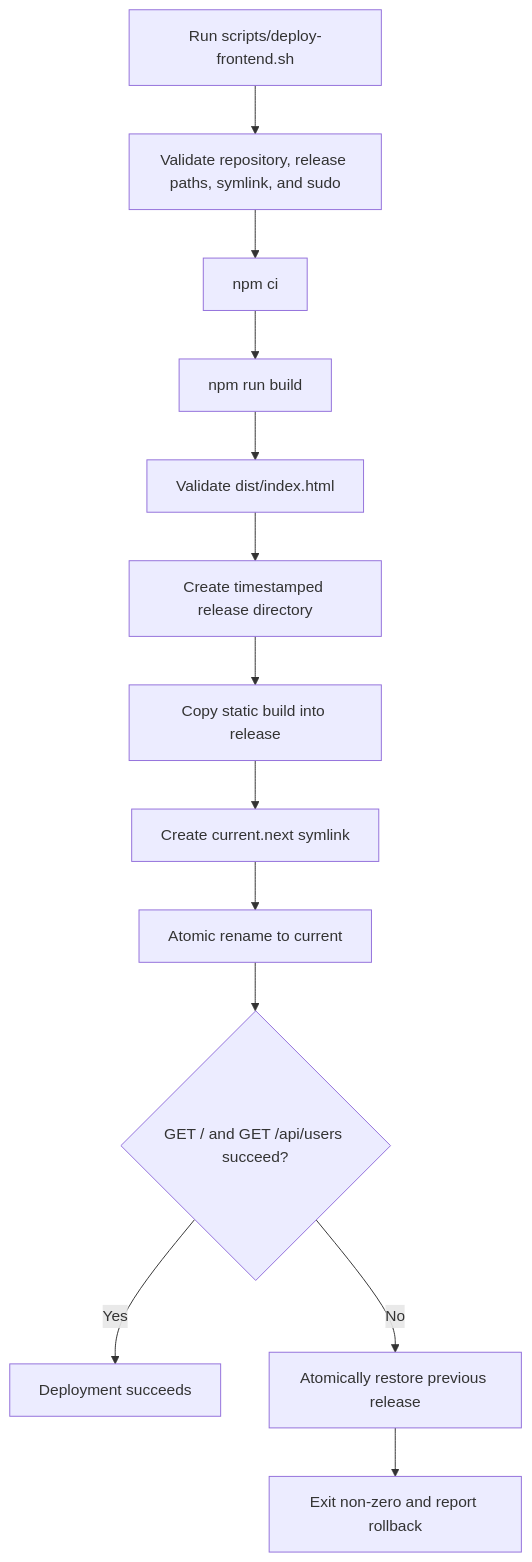
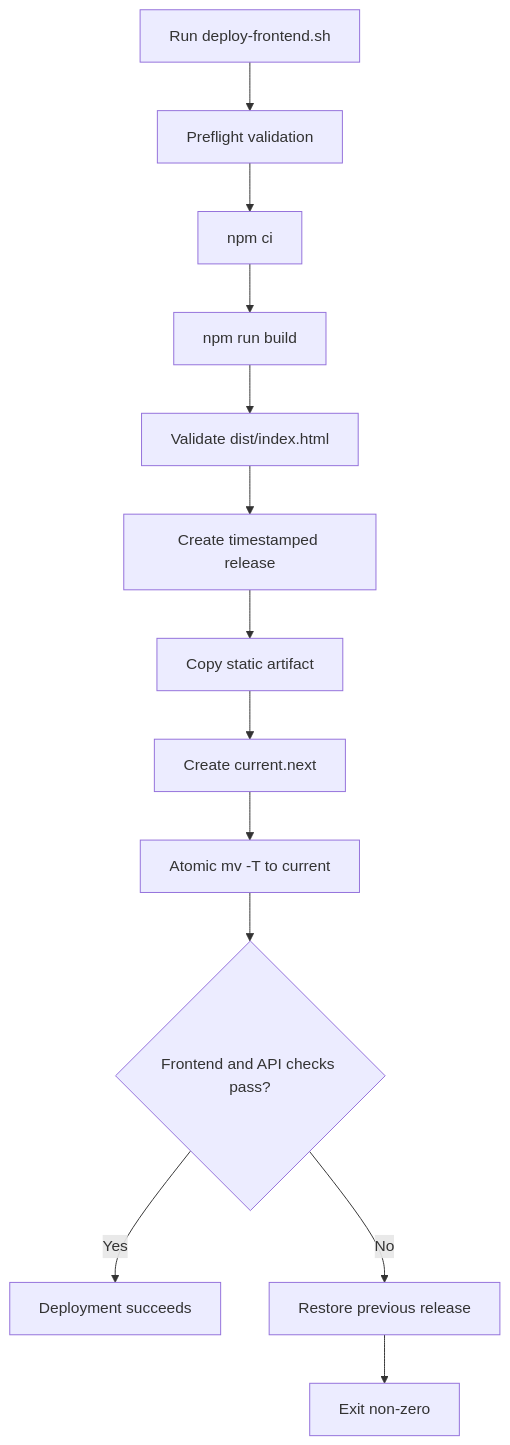
Before and after one commit to DerbSwag/fullstack-docker-compose: the second of 2 diagrams in README.md, drawn with Mermaid. The commit also changed other lines of this file, not shown here.

Commit message:
docs: refine deployment README and rollback runbook

````diff
--- a/README.md
+++ b/README.md
@@ -54,15 +67,15 @@
 ```mermaid
 flowchart TD
-    A[Run scripts/deploy-frontend.sh] --> B[Validate repository, release paths, symlink, and sudo]
+    A[Run deploy-frontend.sh] --> B[Preflight validation]
     B --> C[npm ci]
     C --> D[npm run build]
     D --> E[Validate dist/index.html]
-    E --> F[Create timestamped release directory]
-    F --> G[Copy static build into release]
-    G --> H[Create current.next symlink]
-    H --> I[Atomic rename to current]
-    I --> J{GET / and GET /api/users succeed?}
+    E --> F[Create timestamped release]
+    F --> G[Copy static artifact]
+    G --> H[Create current.next]
+    H --> I[Atomic mv -T to current]
+    I --> J{Frontend and API checks pass?}
     J -->|Yes| K[Deployment succeeds]
-    J -->|No| L[Atomically restore previous release]
-    L --> M[Exit non-zero and report rollback]
+    J -->|No| L[Restore previous release]
+    L --> M[Exit non-zero]
 ```
````
